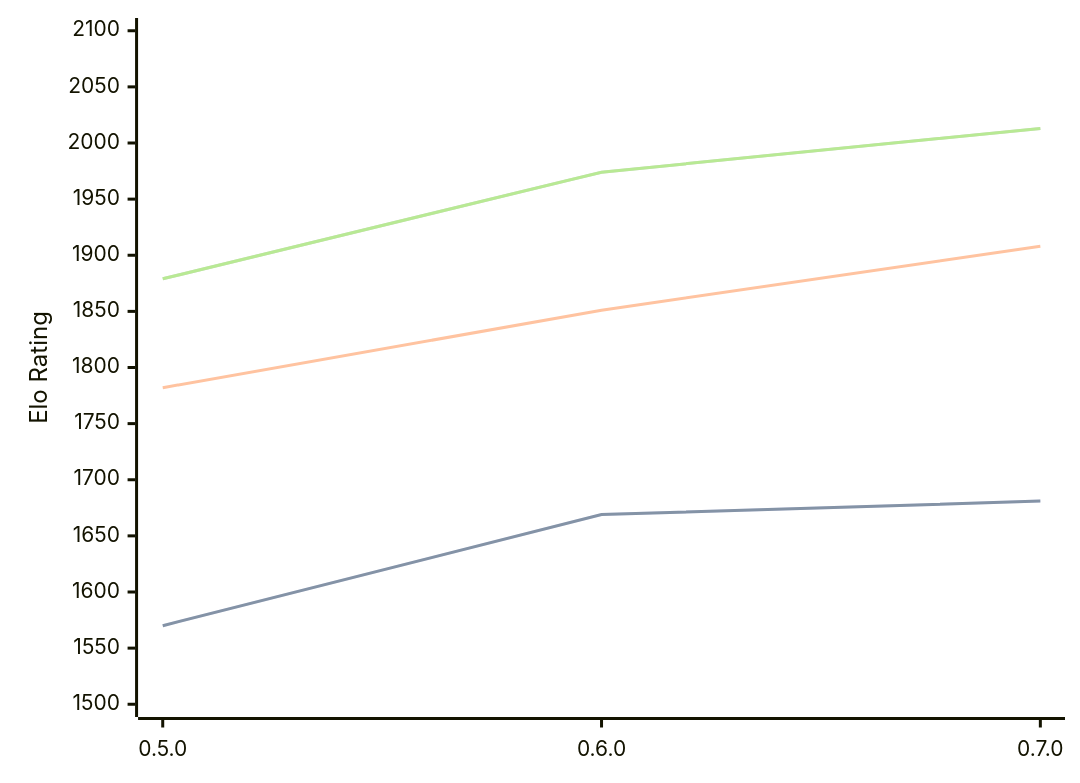
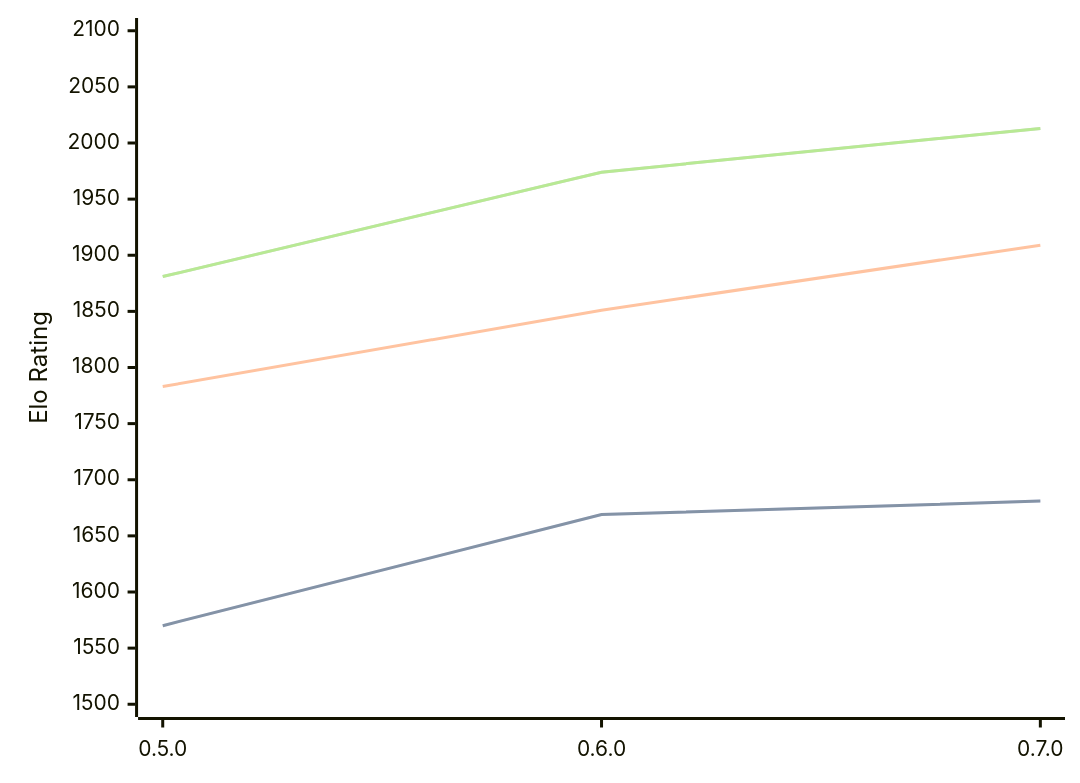
Before and after one commit to computer-chess-index/cci: the diagram in engines/Chess-rs.md, drawn with Mermaid. The commit also changed other lines of this file, not shown here.

Commit message:
Update CCI Ratings (ELO VLTC) - 2026-07-26

````diff
--- a/engines/Chess-rs.md
+++ b/engines/Chess-rs.md
@@ -41,11 +41,11 @@
 ```mermaid
 %%{init: {"theme":"base","themeVariables":{"seriesColors:['#a3a3a3','#222221','#faa371']}}}%%
 xychart-beta
   x-axis ["0.5.0", "0.6.0", "0.7.0"]
   y-axis "Elo Rating" 1500 --> 2100
   line "STC (8.0+0.08s)" [1570, 1669, 1681]
   line "STC (8.0+0.08s)" [1570, 1669, 1681]
-  line "LTC (60.0+0.60s)" [1782, 1851, 1908]
-  line "VLTC (2m24s+1.12s)" [1879, 1974, 2013]
-  line "VLTC (2m24s+1.12s)" [1879, 1974, 2013]
+  line "LTC (60.0+0.60s)" [1783, 1851, 1909]
+  line "VLTC (2m24s+1.12s)" [1881, 1974, 2013]
+  line "VLTC (2m24s+1.12s)" [1881, 1974, 2013]
 ```
````
